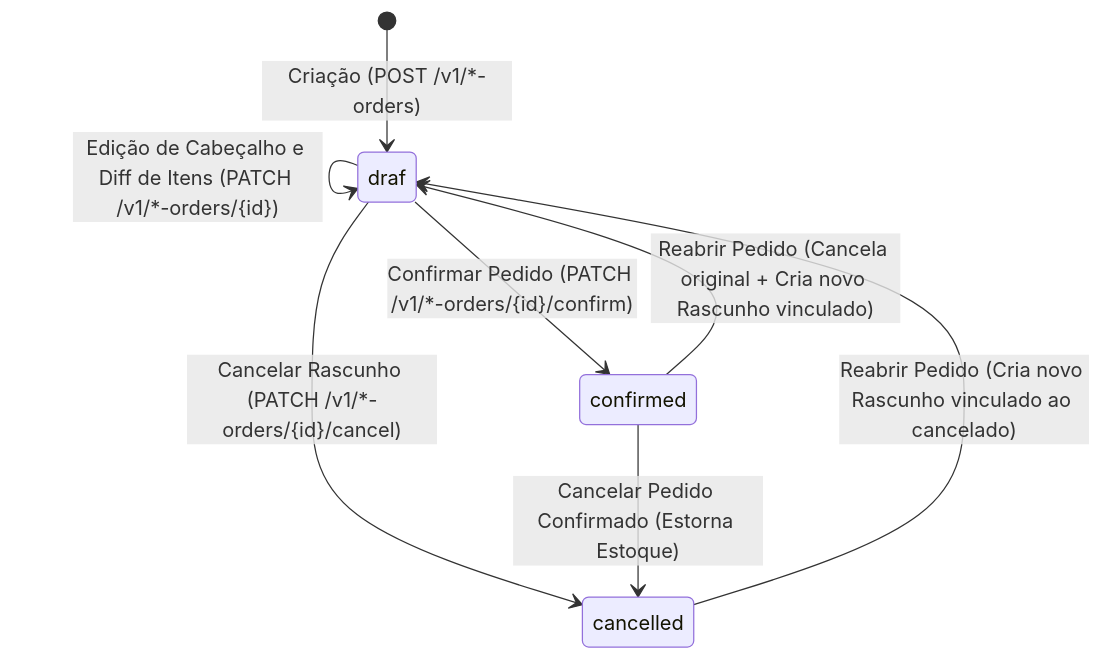
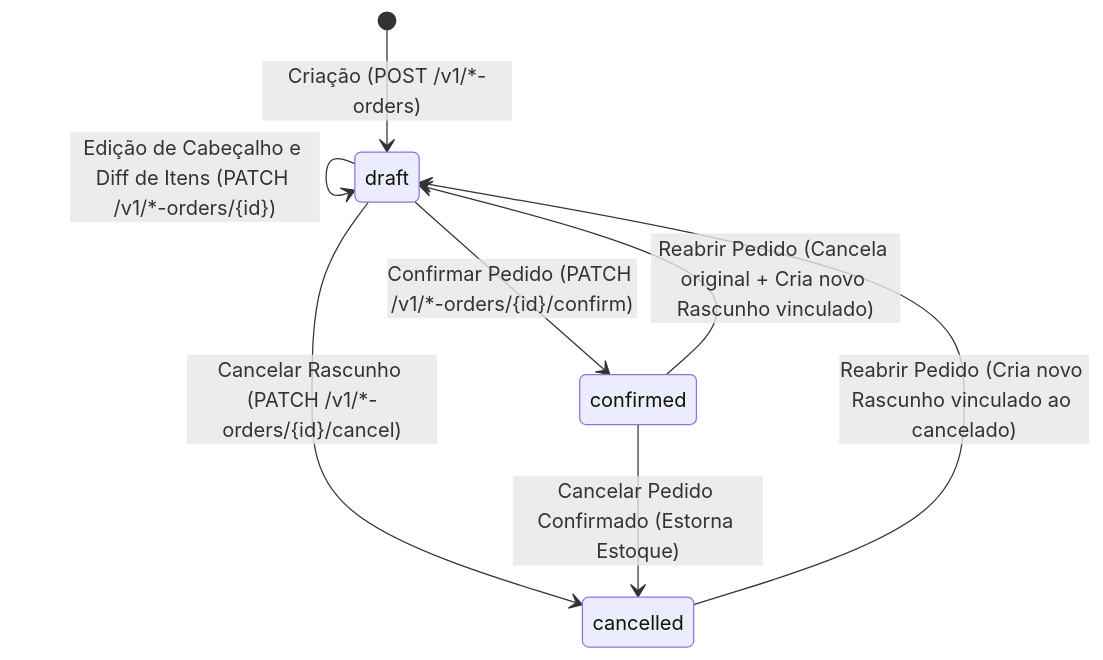
The second of 2 diagrams in docs/ARCHITECTURE.md (jhimyferrari/apollo-react-next), drawn with Mermaid before and after one commit. The commit also changed other lines of this file and 77 other files, not shown here.

````diff
--- a/docs/ARCHITECTURE.md
+++ b/docs/ARCHITECTURE.md
@@ -356,10 +356,10 @@
 ```mermaid
 stateDiagram-v2
-    [*] --> draf : Criação (POST /v1/*-orders)
-    draf --> draf : Edição de Cabeçalho e Diff de Itens (PATCH /v1/*-orders/{id})
-    draf --> confirmed : Confirmar Pedido (PATCH /v1/*-orders/{id}/confirm)
-    draf --> cancelled : Cancelar Rascunho (PATCH /v1/*-orders/{id}/cancel)
+    [*] --> draft: Criação (POST /v1/*-orders)
+    draft--> draft: Edição de Cabeçalho e Diff de Itens (PATCH /v1/*-orders/{id})
+    draft--> confirmed : Confirmar Pedido (PATCH /v1/*-orders/{id}/confirm)
+    draft--> cancelled : Cancelar Rascunho (PATCH /v1/*-orders/{id}/cancel)
     confirmed --> cancelled : Cancelar Pedido Confirmado (Estorna Estoque)
-    confirmed --> draf : Reabrir Pedido (Cancela original + Cria novo Rascunho vinculado)
-    cancelled --> draf : Reabrir Pedido (Cria novo Rascunho vinculado ao cancelado)
+    confirmed --> draft: Reabrir Pedido (Cancela original + Cria novo Rascunho vinculado)
+    cancelled --> draft: Reabrir Pedido (Cria novo Rascunho vinculado ao cancelado)
 ```
````
